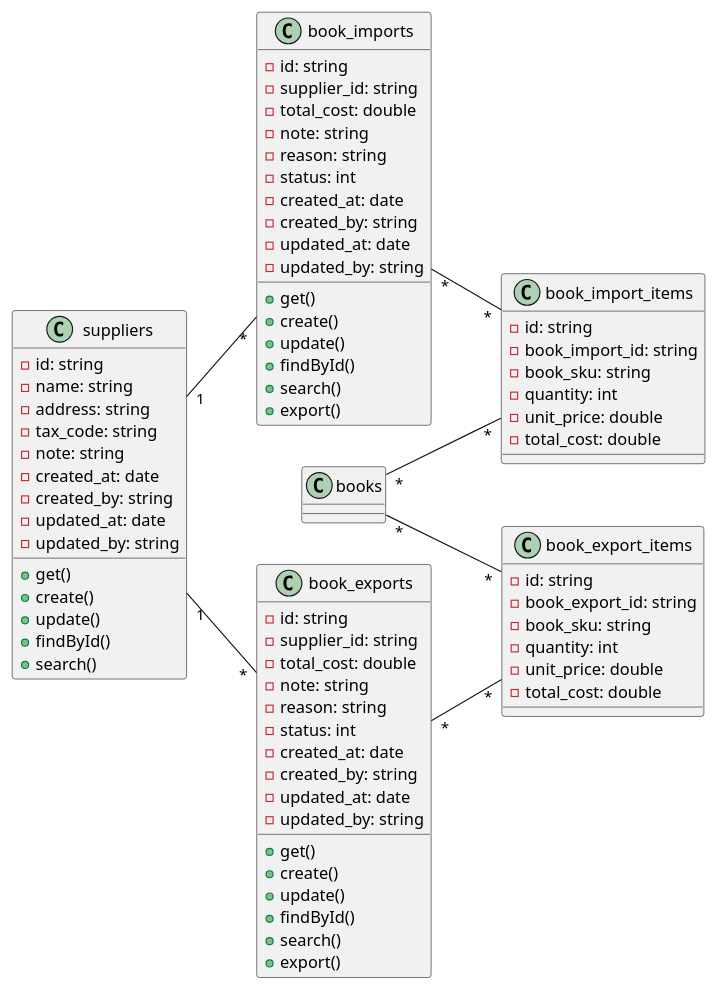
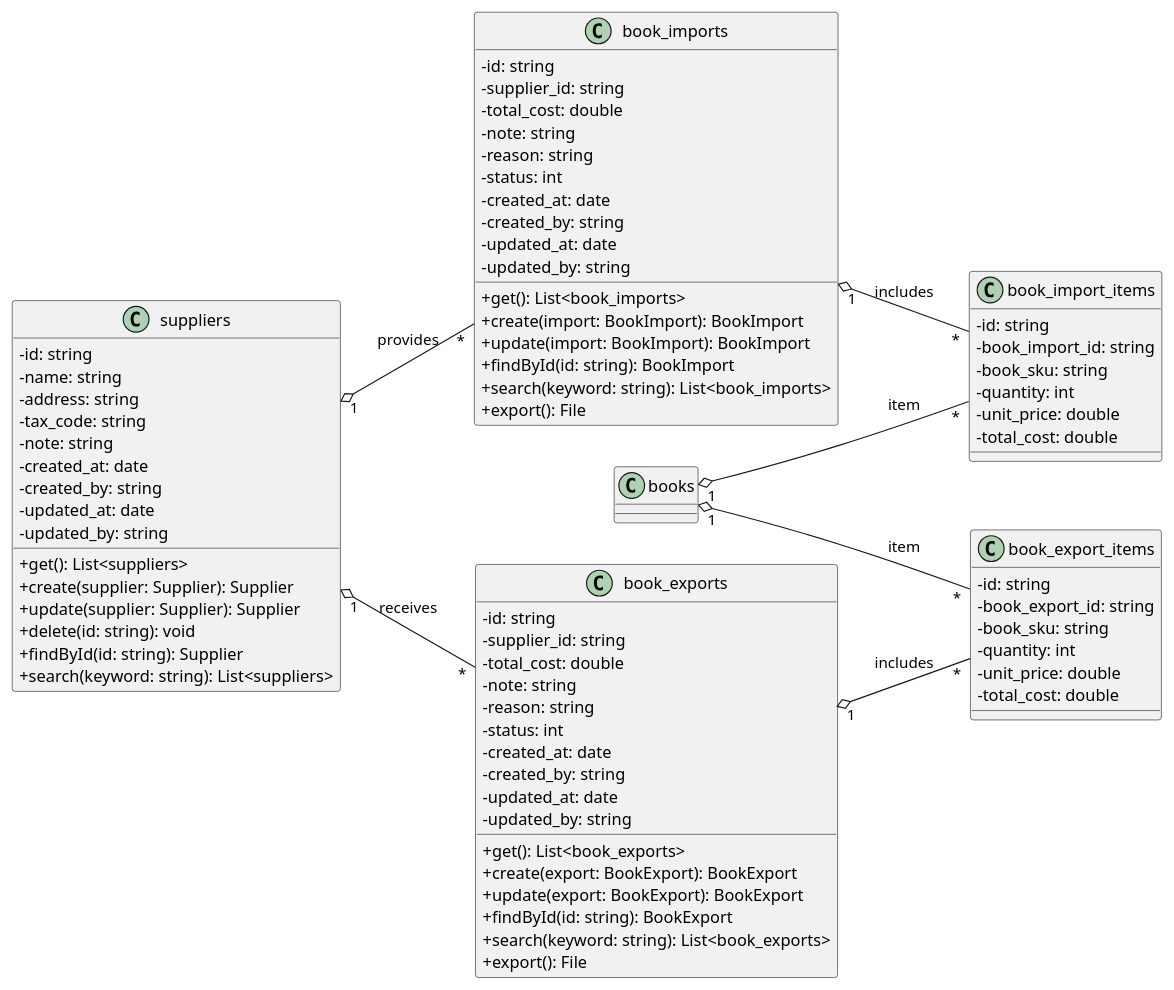
The diagram in app-service/document/class/inventory.puml (khanh-nd1204/book-app), drawn with PlantUML before and after one commit. The commit also changed 10 other files, not shown here.

```diff
--- a/app-service/document/class/inventory.puml
+++ b/app-service/document/class/inventory.puml
@@ -1,84 +1,93 @@
 @startuml
 left to right direction
+
+skinparam classAttributeIconSize 0
 
 class suppliers {
     - id: string
     - name: string
     - address: string
     - tax_code: string
     - note: string
     - created_at: date
     - created_by: string
     - updated_at: date
     - updated_by: string
-    + get()
-    + create()
-    + update()
-    + findById()
-    + search()
+    + get(): List<suppliers>
+    + create(supplier: Supplier): Supplier
+    + update(supplier: Supplier): Supplier
+    + delete(id: string): void
+    + findById(id: string): Supplier
+    + search(keyword: string): List<suppliers>
 }
 
 class book_imports {
     - id: string
     - supplier_id: string
     - total_cost: double
     - note: string
     - reason: string
     - status: int
     - created_at: date
     - created_by: string
     - updated_at: date
     - updated_by: string
-    + get()
-    + create()
-    + update()
-    + findById()
-    + search()
-    + export()
+    + get(): List<book_imports>
+    + create(import: BookImport): BookImport
+    + update(import: BookImport): BookImport
+    + findById(id: string): BookImport
+    + search(keyword: string): List<book_imports>
+    + export(): File
 }
 
 class book_exports {
     - id: string
     - supplier_id: string
     - total_cost: double
     - note: string
     - reason: string
     - status: int
     - created_at: date
     - created_by: string
     - updated_at: date
     - updated_by: string
-    + get()
-    + create()
-    + update()
-    + findById()
-    + search()
-    + export()
+    + get(): List<book_exports>
+    + create(export: BookExport): BookExport
+    + update(export: BookExport): BookExport
+    + findById(id: string): BookExport
+    + search(keyword: string): List<book_exports>
+    + export(): File
 }
 
 class book_import_items {
     - id: string
     - book_import_id: string
     - book_sku: string
     - quantity: int
     - unit_price: double
     - total_cost: double
 }
 
 class book_export_items {
     - id: string
     - book_export_id: string
     - book_sku: string
     - quantity: int
     - unit_price: double
     - total_cost: double
 }
 
-suppliers "1" -- "*" book_imports
-suppliers "1" -- "*" book_exports
-book_imports "*" -- "*" book_import_items
-book_exports "*" -- "*" book_export_items
-books "*" -- "*" book_import_items
-books "*" -- "*" book_export_items
+class books {
+}
+
+' Các quan hệ logic, có nhãn mô tả
+suppliers "1" o-- "*" book_imports : provides
+suppliers "1" o-- "*" book_exports : receives
+
+book_imports "1" o-- "*" book_import_items : includes
+book_exports "1" o-- "*" book_export_items : includes
+
+books "1" o-- "*" book_import_items : item
+books "1" o-- "*" book_export_items : item
 
 @enduml
```
